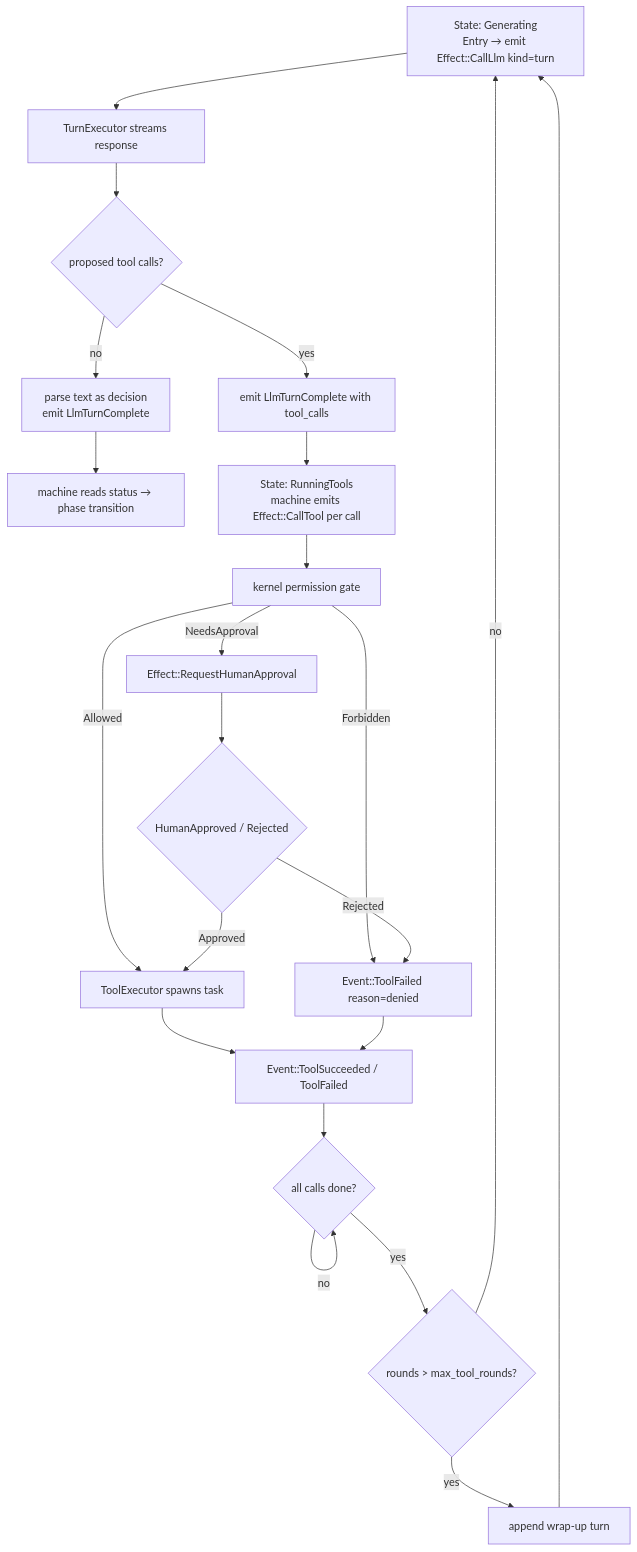
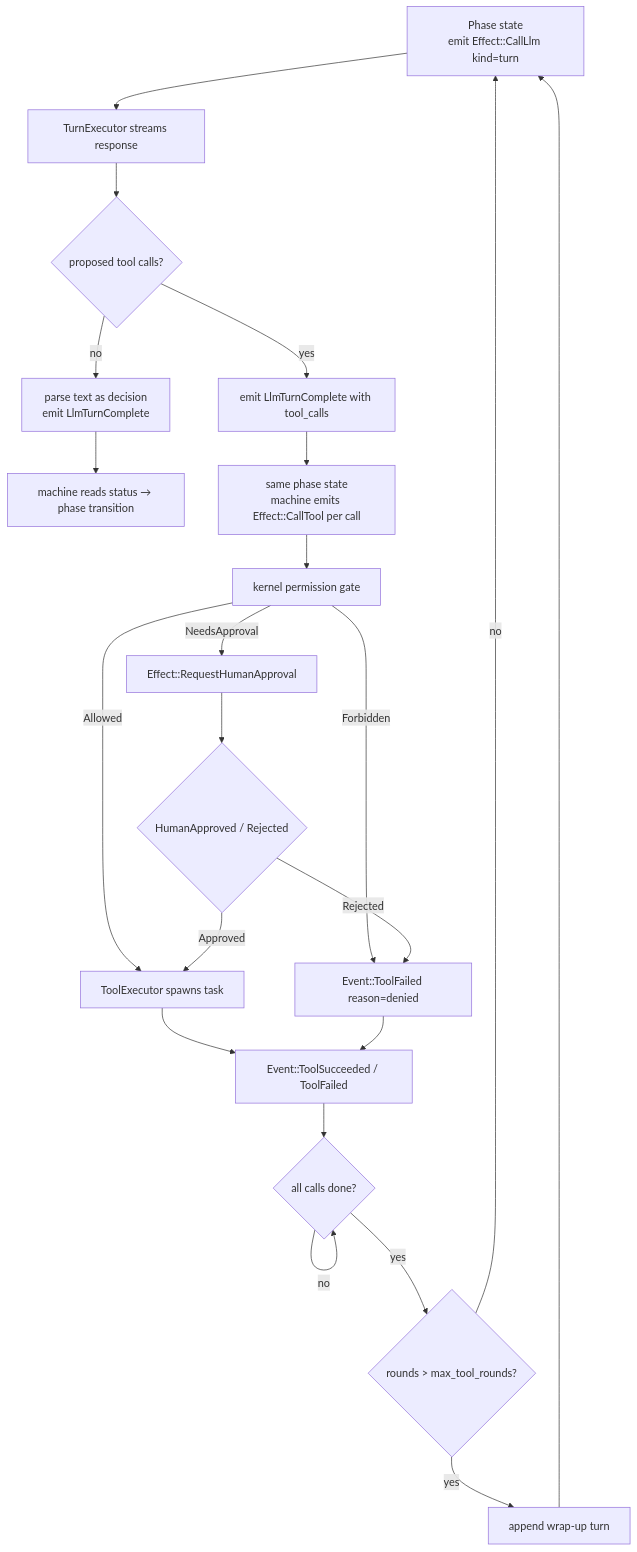
Before and after one commit to swedishembedded/sven: the diagram in docs/technical/deliberation-engine.md, drawn with Mermaid. The commit also changed other lines of this file and 99 other files, not shown here.

````diff
--- a/docs/technical/deliberation-engine.md
+++ b/docs/technical/deliberation-engine.md
@@ -150,23 +151,23 @@
 ```mermaid
 flowchart TD
-    A[State: Generating<br/>Entry → emit Effect::CallLlm kind=turn] --> B[TurnExecutor streams response]
+    A[Phase state<br/>emit Effect::CallLlm kind=turn] --> B[TurnExecutor streams response]
     B --> C{proposed tool calls?}
     C -- no --> D[parse text as decision<br/>emit LlmTurnComplete]
     D --> E[machine reads status → phase transition]
     C -- yes --> F[emit LlmTurnComplete with tool_calls]
-    F --> G[State: RunningTools<br/>machine emits Effect::CallTool per call]
+    F --> G[same phase state<br/>machine emits Effect::CallTool per call]
     G --> H[kernel permission gate]
     H -- Allowed --> I[ToolExecutor spawns task]
     H -- Forbidden --> J[Event::ToolFailed reason=denied]
     H -- NeedsApproval --> K[Effect::RequestHumanApproval]
     I --> L[Event::ToolSucceeded / ToolFailed]
     J --> L
     K --> M{HumanApproved / Rejected}
     M -- Approved --> I
     M -- Rejected --> J
     L --> N{all calls done?}
     N -- no --> N
     N -- yes --> O{rounds > max_tool_rounds?}
     O -- yes --> P[append wrap-up turn] --> A
     O -- no --> A
 ```
````
